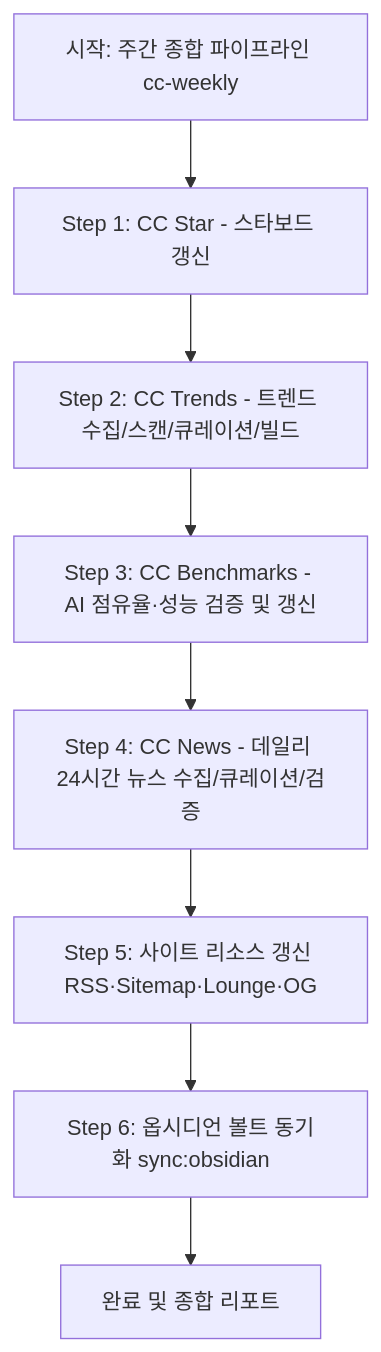
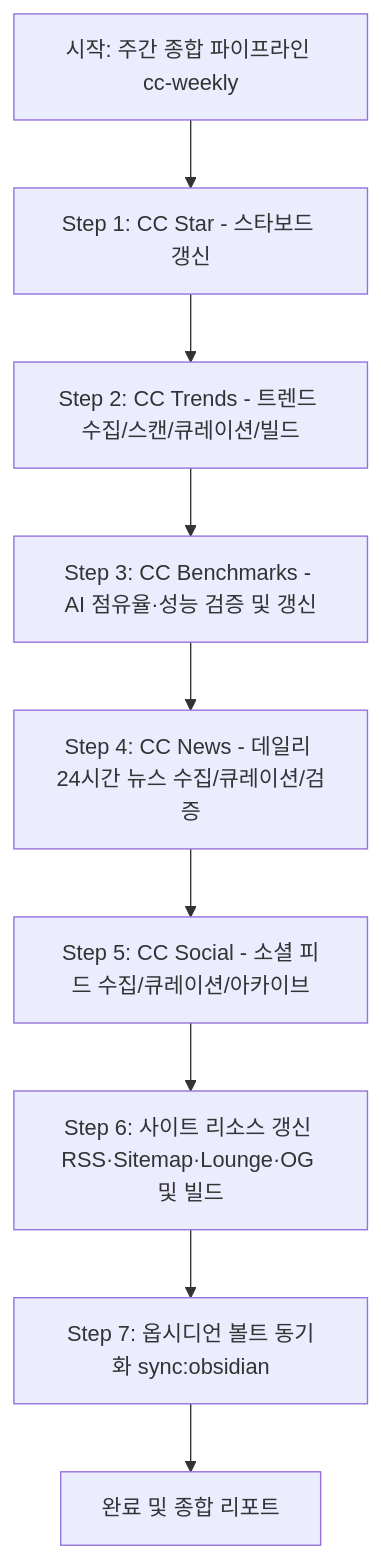
Before and after one commit to ldk-hub/ai-weekly: the diagram in .agents/skills/cc-weekly/SKILL.md, drawn with Mermaid. The commit also changed other lines of this file and 9 other files, not shown here.

````diff
--- a/.agents/skills/cc-weekly/SKILL.md
+++ b/.agents/skills/cc-weekly/SKILL.md
@@ -14,10 +14,11 @@
 ```mermaid
 graph TD
     A[시작: 주간 종합 파이프라인 cc-weekly] --> B[Step 1: CC Star - 스타보드 갱신]
     B --> C[Step 2: CC Trends - 트렌드 수집/스캔/큐레이션/빌드]
     C --> D[Step 3: CC Benchmarks - AI 점유율·성능 검증 및 갱신]
     D --> E[Step 4: CC News - 데일리 24시간 뉴스 수집/큐레이션/검증]
-    E --> F[Step 5: 사이트 리소스 갱신 RSS·Sitemap·Lounge·OG]
-    F --> G[Step 6: 옵시디언 볼트 동기화 sync:obsidian]
-    G --> H[완료 및 종합 리포트]
+    E --> F[Step 5: CC Social - 소셜 피드 수집/큐레이션/아카이브]
+    F --> G[Step 6: 사이트 리소스 갱신 RSS·Sitemap·Lounge·OG 및 빌드]
+    G --> H[Step 7: 옵시디언 볼트 동기화 sync:obsidian]
+    H --> I[완료 및 종합 리포트]
 ```
````
